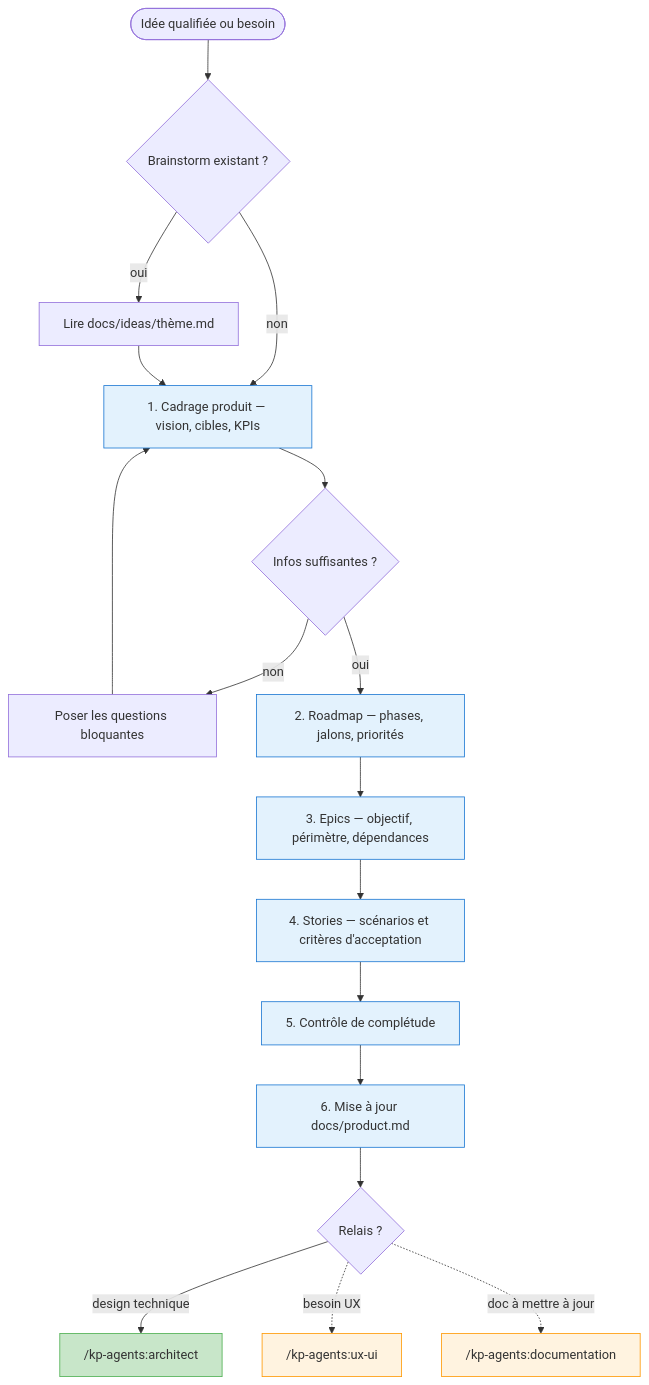
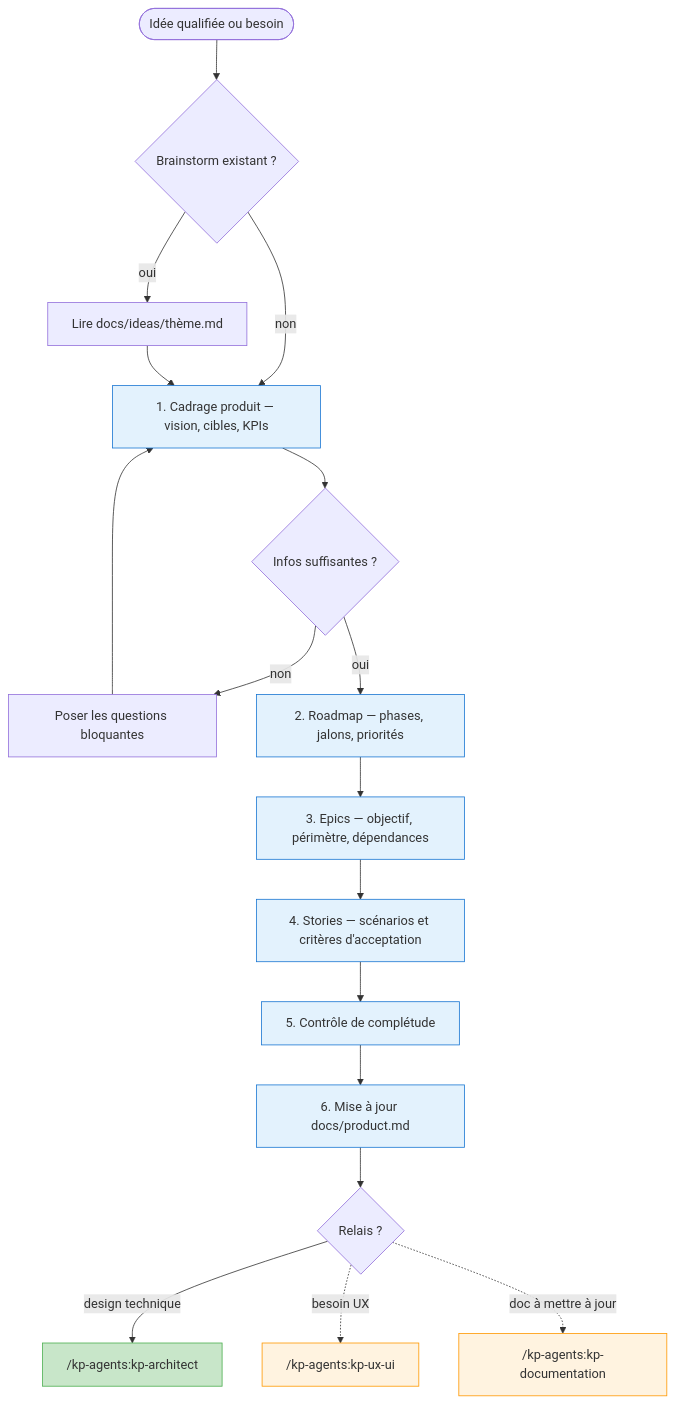
Before and after one commit to KeyProd/kp-agents: the third of 9 diagrams in docs/agents.md, drawn with Mermaid. The commit also changed other lines of this file and 129 other files, not shown here.

````diff
--- a/docs/agents.md
+++ b/docs/agents.md
@@ -141,39 +141,39 @@
 ```mermaid
 flowchart TD
     START([Idée qualifiée ou besoin]) --> IDEAS{Brainstorm existant ?}
     IDEAS -->|oui| READ_IDEA[Lire docs/ideas/thème.md]
     IDEAS -->|non| CADRAGE
     READ_IDEA --> CADRAGE
 
     CADRAGE[1. Cadrage produit — vision, cibles, KPIs]
     CADRAGE --> STOP_C{Infos suffisantes ?}
     STOP_C -->|non| QUESTIONS[Poser les questions bloquantes]
     QUESTIONS --> CADRAGE
     STOP_C -->|oui| ROADMAP
 
     ROADMAP[2. Roadmap — phases, jalons, priorités]
     ROADMAP --> EPICS
 
     EPICS[3. Epics — objectif, périmètre, dépendances]
     EPICS --> STORIES
 
     STORIES[4. Stories — scénarios et critères d'acceptation]
     STORIES --> CHECK_Q[5. Contrôle de complétude]
     CHECK_Q --> PRODUCT_MD[6. Mise à jour docs/product.md]
     PRODUCT_MD --> OUT
 
     OUT{Relais ?}
-    OUT -->|design technique| ARCHITECT["/kp-agents:architect"]
-    OUT -.->|besoin UX| UX["/kp-agents:ux-ui"]
-    OUT -.->|doc à mettre à jour| DOC["/kp-agents:documentation"]
+    OUT -->|design technique| ARCHITECT["/kp-agents:kp-architect"]
+    OUT -.->|besoin UX| UX["/kp-agents:kp-ux-ui"]
+    OUT -.->|doc à mettre à jour| DOC["/kp-agents:kp-documentation"]
 
     style CADRAGE fill:#e3f2fd,stroke:#1976D2
     style ROADMAP fill:#e3f2fd,stroke:#1976D2
     style EPICS fill:#e3f2fd,stroke:#1976D2
     style STORIES fill:#e3f2fd,stroke:#1976D2
     style CHECK_Q fill:#e3f2fd,stroke:#1976D2
     style PRODUCT_MD fill:#e3f2fd,stroke:#1976D2
     style ARCHITECT fill:#c8e6c9,stroke:#4CAF50
     style UX fill:#fff3e0,stroke:#FF9800
     style DOC fill:#fff3e0,stroke:#FF9800
 ```
````
